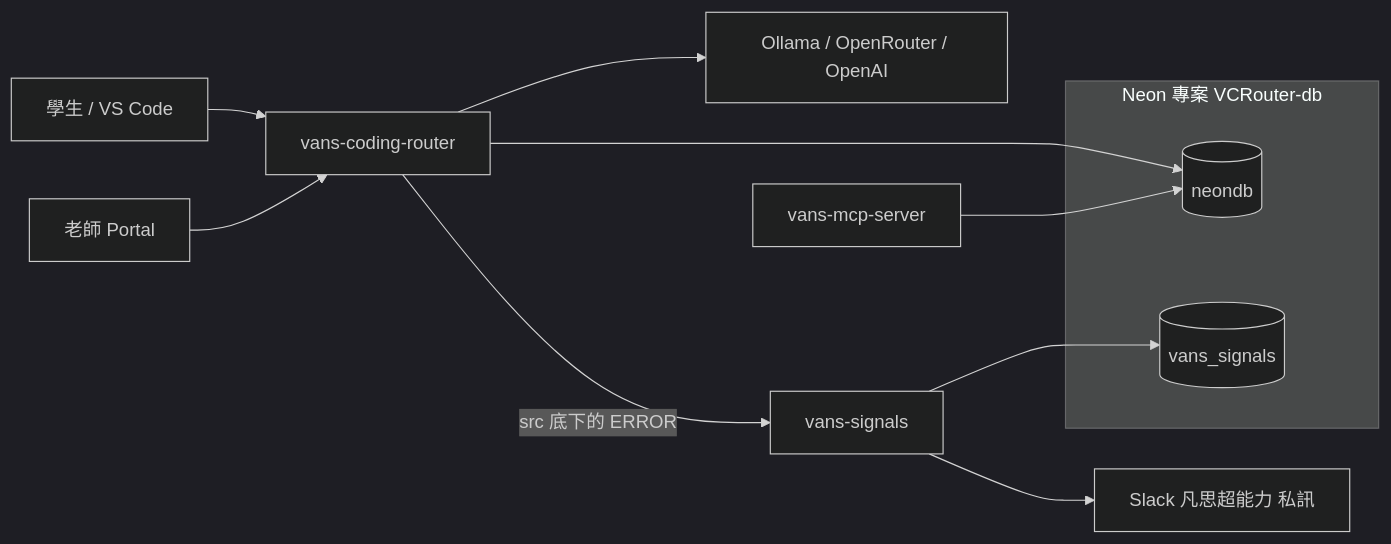
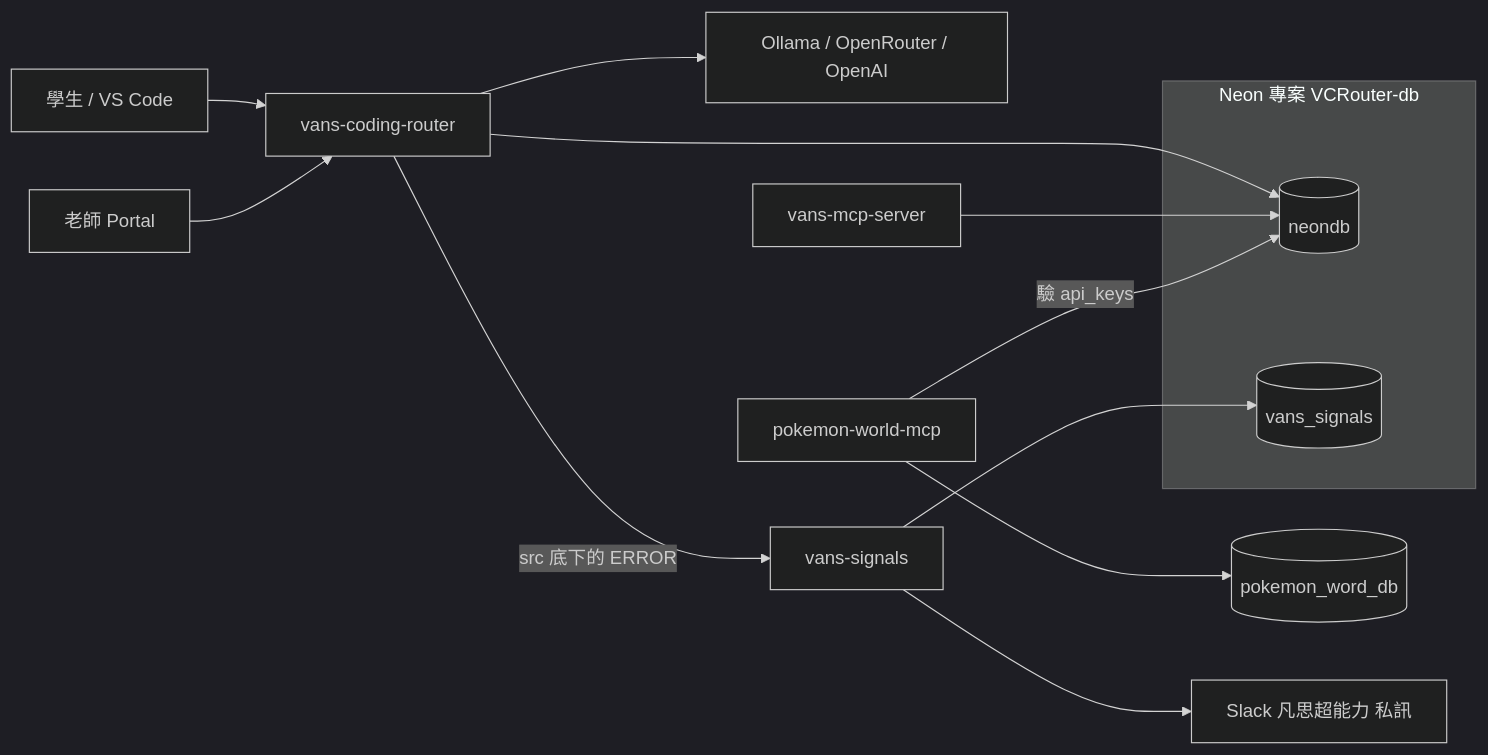
The first of 2 diagrams in docs/system-map.md (mz038197/vans_coding_router), drawn with Mermaid (dark theme) before and after one commit. The commit also changed other lines of this file and 4 other files, not shown here.

````diff
--- a/docs/system-map.md
+++ b/docs/system-map.md
@@ -5,17 +9,19 @@
 ```mermaid
 flowchart LR
   student[學生 / VS Code] --> router[vans-coding-router]
   teacher[老師 Portal] --> router
   router --> upstream[Ollama / OpenRouter / OpenAI]
   router --> neondb[(neondb)]
   mcp[vans-mcp-server] --> neondb
+  poke[pokemon-world-mcp] -->|驗 api_keys| neondb
+  poke --> pokedb[(pokemon_word_db)]
 
   router -->|src 底下的 ERROR| signals[vans-signals]
   signals --> sigdb[(vans_signals)]
   signals --> slack[Slack 凡思超能力 私訊]
 
   subgraph neon [Neon 專案 VCRouter-db]
     neondb
     sigdb
   end
 ```
````
